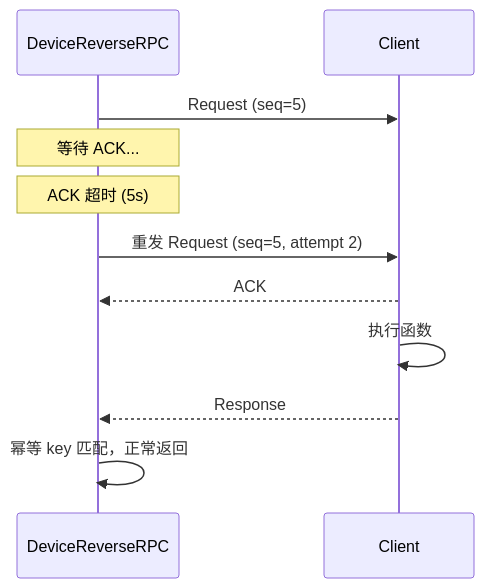
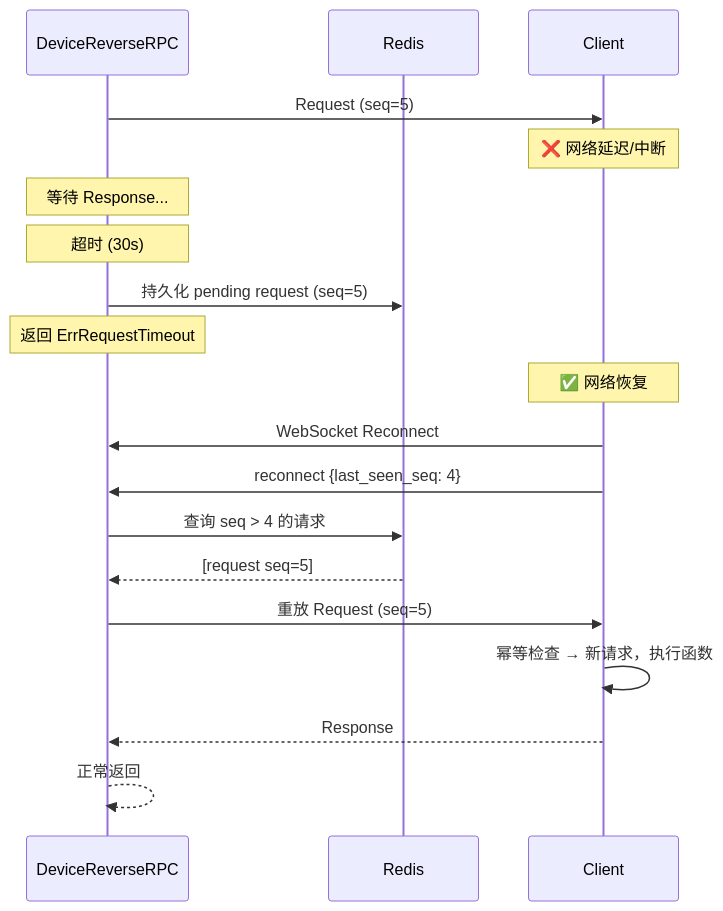
One commit to PineappleBond/xyncra-server changed diagram 17 of 20 in docs/DESIGN_CLIENT_FUNCTION_AGENT_TOOLS.md. Above: the diagram before and after it, drawn with Mermaid. The commit also changed other lines of this file, not shown here.

First line of the commit message:
docs: remove ACK mechanism, add (userID,deviceID) connection constraint

````diff
--- a/docs/DESIGN_CLIENT_FUNCTION_AGENT_TOOLS.md
+++ b/docs/DESIGN_CLIENT_FUNCTION_AGENT_TOOLS.md
@@ -711,14 +702,23 @@
 ```mermaid
 sequenceDiagram
     participant RRPC as DeviceReverseRPC
+    participant Redis
     participant Client
 
     RRPC->>Client: Request (seq=5)
-    Note over RRPC: 等待 ACK...
-    Note over RRPC: ACK 超时 (5s)
-    RRPC->>Client: 重发 Request (seq=5, attempt 2)
-    Client-->>RRPC: ACK
-    Client->>Client: 执行函数
+    Note over Client: ❌ 网络延迟/中断
+    Note over RRPC: 等待 Response...
+    Note over RRPC: 超时 (30s)
+    RRPC->>Redis: 持久化 pending request (seq=5)
+    Note over RRPC: 返回 ErrRequestTimeout
+
+    Note over Client: ✅ 网络恢复
+    Client->>RRPC: WebSocket Reconnect
+    Client->>RRPC: reconnect {last_seen_seq: 4}
+    RRPC->>Redis: 查询 seq > 4 的请求
+    Redis-->>RRPC: [request seq=5]
+    RRPC->>Client: 重放 Request (seq=5)
+    Client->>Client: 幂等检查 → 新请求，执行函数
     Client-->>RRPC: Response
-    RRPC->>RRPC: 幂等 key 匹配，正常返回
+    RRPC-->>RRPC: 正常返回
 ```
````
